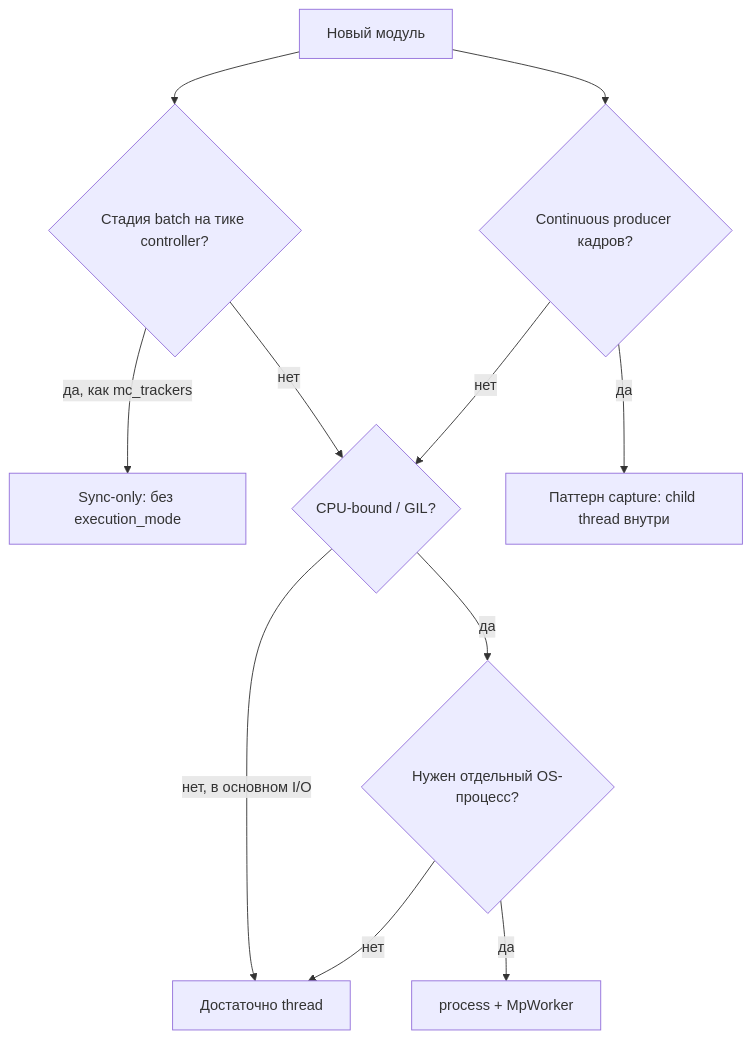
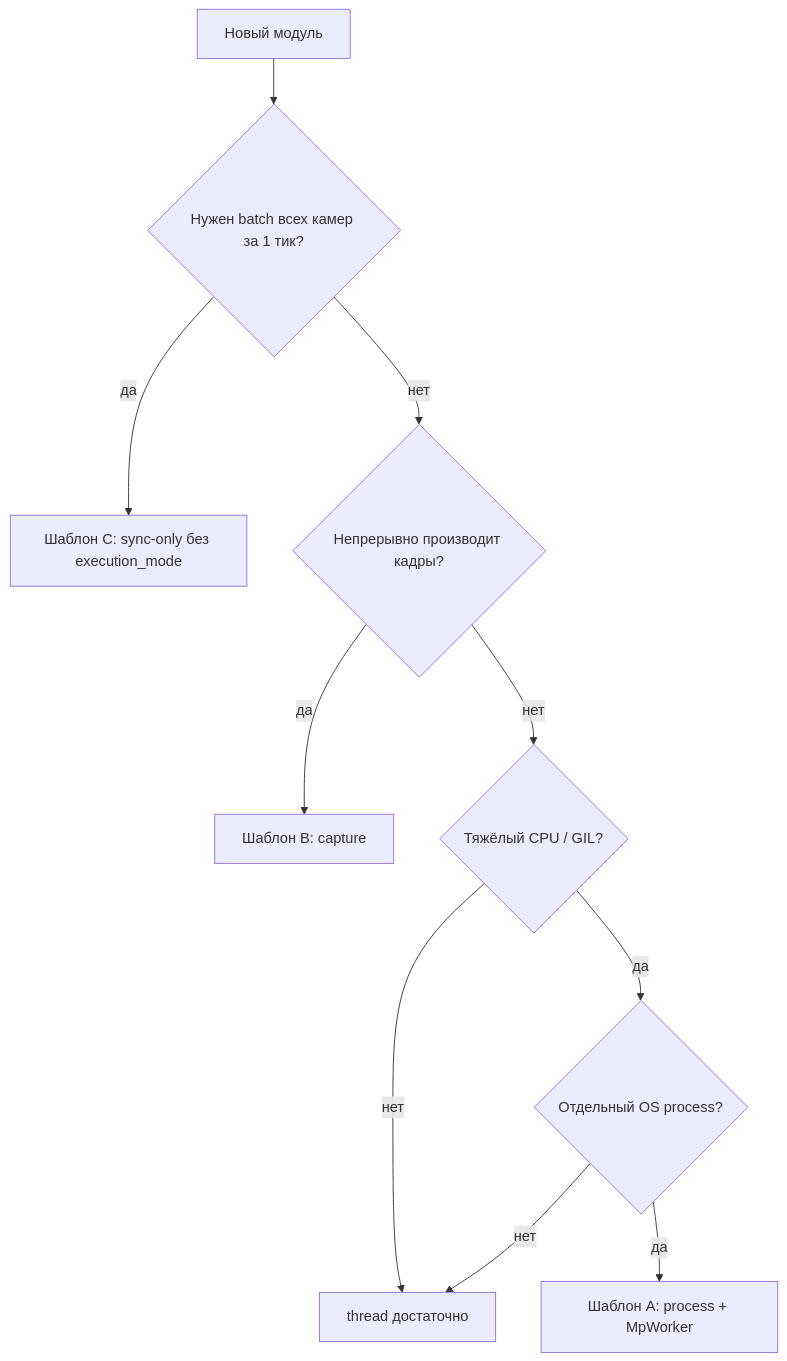
Before and after one commit to aicommunity/EvilEye: the diagram in docs/developing_dual_mode_modules.md, drawn with Mermaid. The commit also changed other lines of this file and 3 other files, not shown here.

````diff
--- a/docs/developing_dual_mode_modules.md
+++ b/docs/developing_dual_mode_modules.md
@@ -9,13 +11,12 @@
 ```mermaid
 flowchart TD
-  start[Новый модуль] --> q4{Стадия batch на тике controller?}
-  q4 -->|да, как mc_trackers| syncOnly[Sync-only: без execution_mode]
-  q4 -->|нет| q1{CPU-bound / GIL?}
-  q1 -->|нет, в основном I/O| thread[Достаточно thread]
-  q1 -->|да| q2{Нужен отдельный OS-процесс?}
-  q2 -->|да| process[process + MpWorker]
+  start[Новый модуль] --> q4{Нужен batch всех камер за 1 тик?}
+  q4 -->|да| syncOnly[Шаблон C: sync-only без execution_mode]
+  q4 -->|нет| q3{Непрерывно производит кадры?}
+  q3 -->|да| capPat[Шаблон B: capture]
+  q3 -->|нет| q1{Тяжёлый CPU / GIL?}
+  q1 -->|нет| thread[thread достаточно]
+  q1 -->|да| q2{Отдельный OS process?}
+  q2 -->|да| proc[Шаблон A: process + MpWorker]
   q2 -->|нет| thread
-  start --> q3{Continuous producer кадров?}
-  q3 -->|да| capturePat[Паттерн capture: child thread внутри]
-  q3 -->|нет| q1
 ```
````
